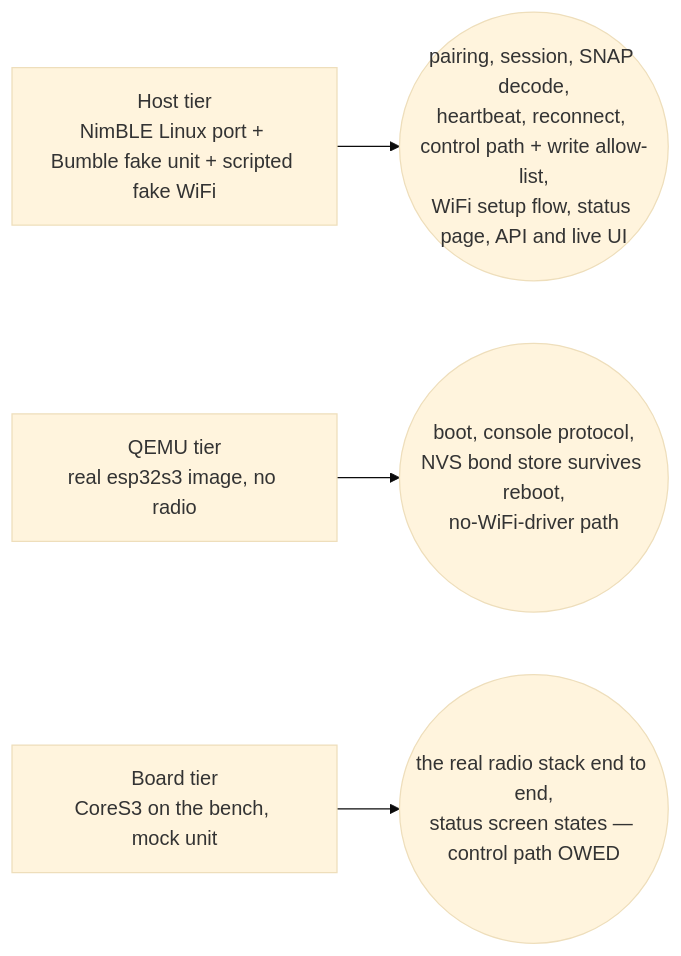
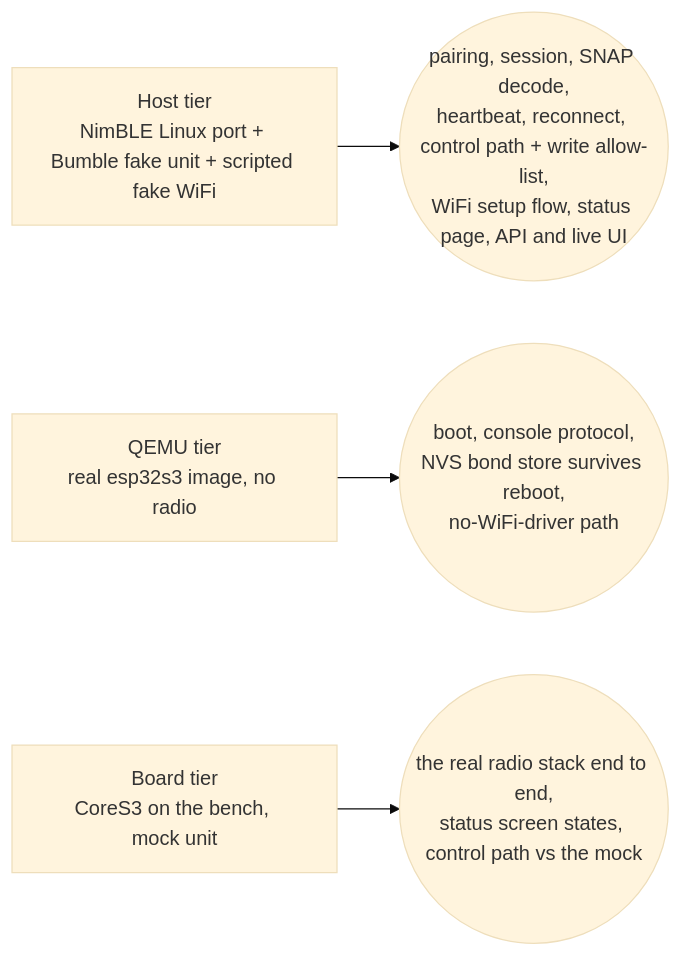
The first of 2 diagrams in docs/firmware.md (ckeller42/open-california), drawn with Mermaid (base theme) before and after one commit. The commit also changed other lines of this file and 8 other files, not shown here.

First line of the commit message:
docs: BOARD evidence — the ESP control path on the CoreS3 bench against the mock unit

````diff
--- a/docs/firmware.md
+++ b/docs/firmware.md
@@ -29,6 +29,6 @@
 ```mermaid
 flowchart LR
   H["Host tier<br/>NimBLE Linux port + Bumble fake unit + scripted fake WiFi"] --> HP(("pairing, session, SNAP decode,<br/>heartbeat, reconnect, control path + write allow-list,<br/>WiFi setup flow, status page, API and live UI"))
   Q["QEMU tier<br/>real esp32s3 image, no radio"] --> QP(("boot, console protocol,<br/>NVS bond store survives reboot,<br/>no-WiFi-driver path"))
-  B["Board tier<br/>CoreS3 on the bench, mock unit"] --> BP(("the real radio stack end to end,<br/>status screen states — control path OWED"))
+  B["Board tier<br/>CoreS3 on the bench, mock unit"] --> BP(("the real radio stack end to end,<br/>status screen states, control path vs the mock"))
 ```
````
